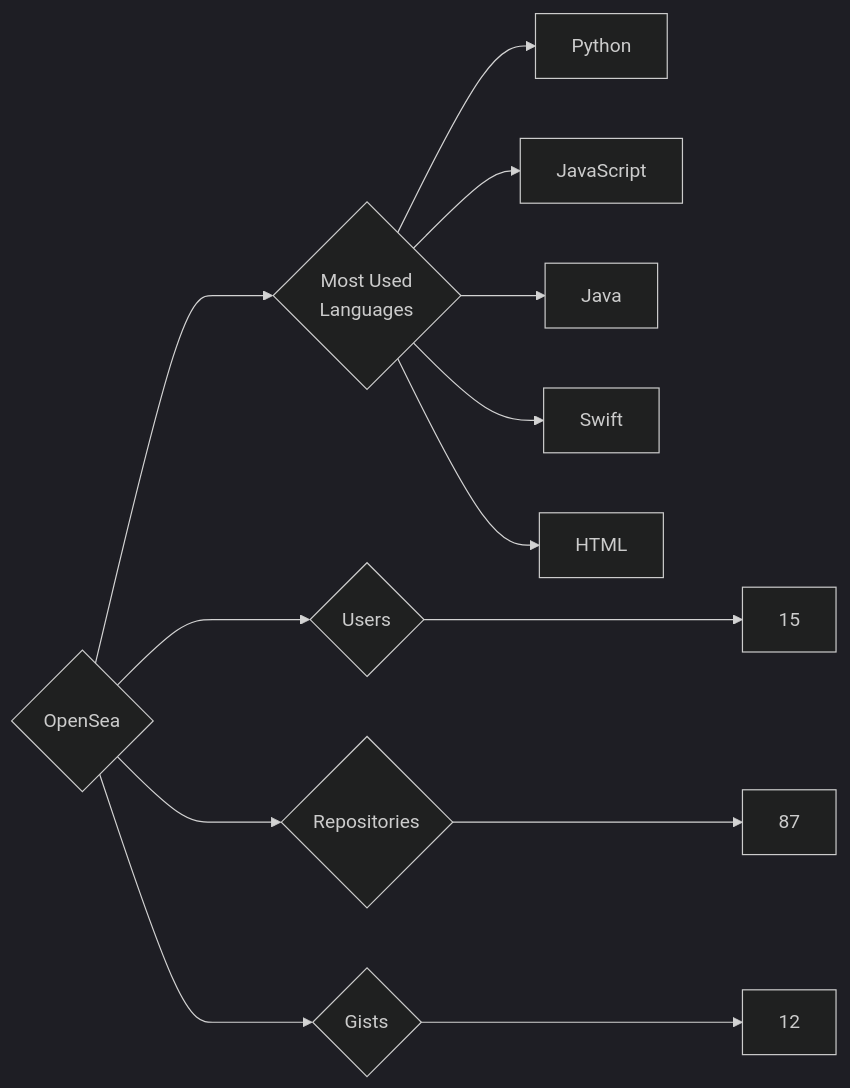
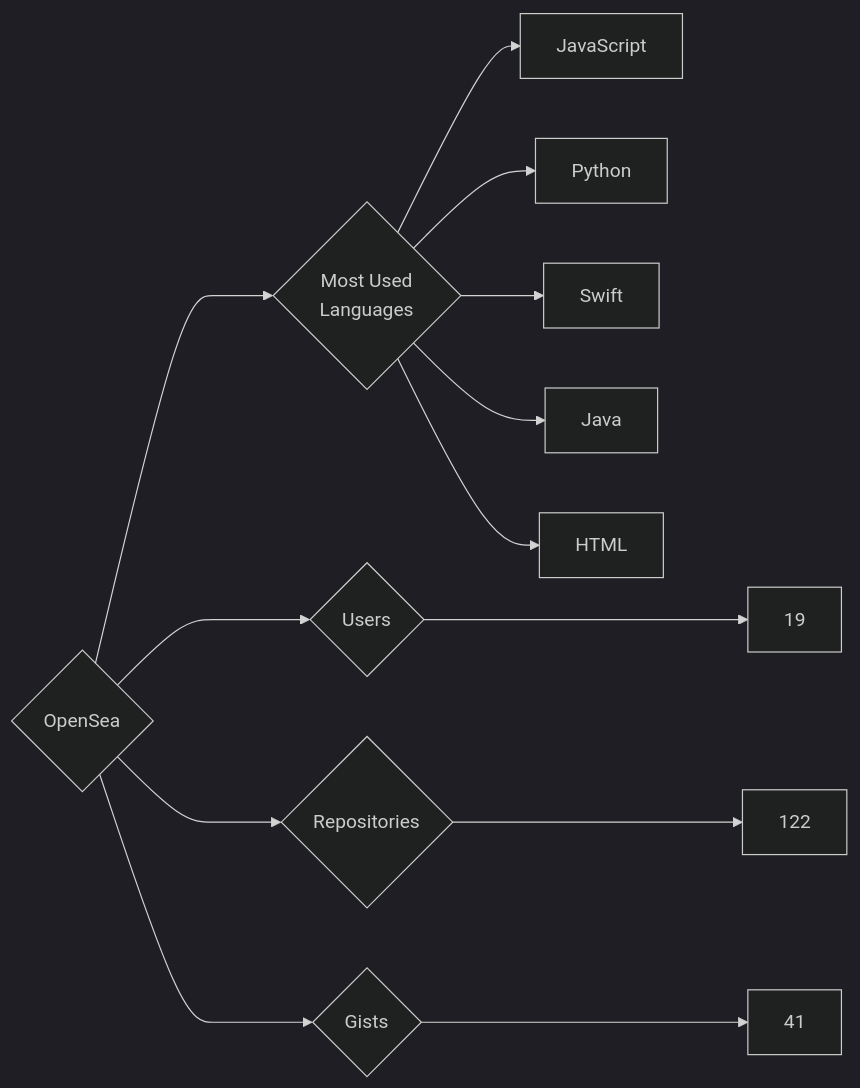
The diagram in targets/OpenSea/README.md (trickest/insiders), drawn with Mermaid (dark theme) before and after one commit. The commit also changed 1011 other files, not shown here.

````diff
--- a/targets/OpenSea/README.md
+++ b/targets/OpenSea/README.md
@@ -3,13 +3,13 @@
 ```mermaid
 graph LR
 COMPANY_NAME{OpenSea}
-COMPANY_NAME ---> U{Users} ---> UN[15]
-COMPANY_NAME ---> R{Repositories} ---> RN[87]
-COMPANY_NAME ---> G{Gists} ---> GN[12]
+COMPANY_NAME ---> U{Users} ---> UN[19]
+COMPANY_NAME ---> R{Repositories} ---> RN[122]
+COMPANY_NAME ---> G{Gists} ---> GN[41]
 COMPANY_NAME ---> ML{Most Used<br>Languages}
+ML --> JavaScript[JavaScript]
 ML --> Python[Python]
-ML --> JavaScript[JavaScript]
+ML --> Swift[Swift]
 ML --> Java[Java]
-ML --> Swift[Swift]
 ML --> HTML[HTML]
 ```
````
